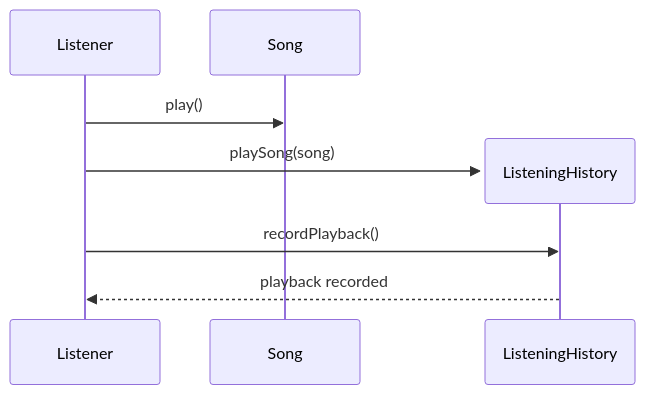
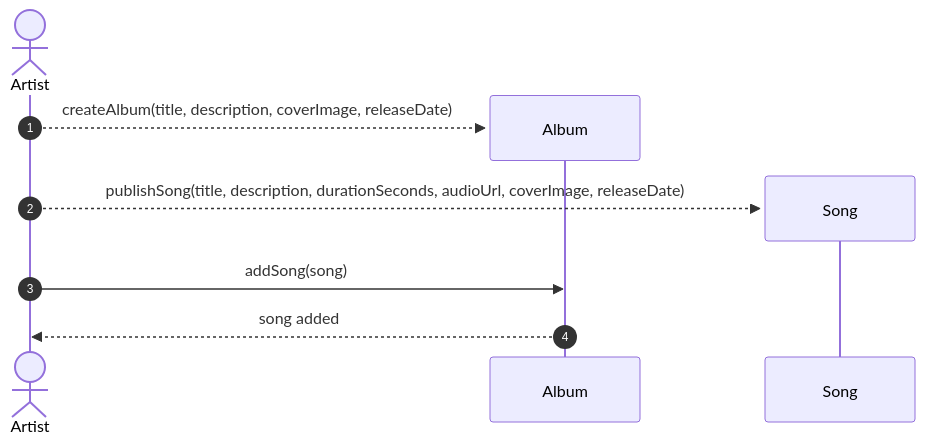
The fourth of 4 diagrams in README.md (Liorwa0/music-streaming-uml), drawn with Mermaid before and after one commit. The commit also changed other lines of this file, not shown here.

First line of the commit message:
edit  sequence diagrams and explanations for song actions

````diff
--- a/README.md
+++ b/README.md
@@ -286,10 +320,11 @@
 ```mermaid
 sequenceDiagram
-    participant Listener
-    participant Song
-    Listener->>Song: play()
-    create participant ListeningHistory
-    Listener->>ListeningHistory: playSong(song)
-    Listener->>ListeningHistory: recordPlayback()
-    ListeningHistory-->>Listener: playback recorded
+    autonumber
+    actor Artist
+    create participant Album
+    Artist-->>Album: createAlbum(title, description, coverImage, releaseDate)
+    create participant Song
+    Artist-->>Song: publishSong(title, description, durationSeconds, audioUrl, coverImage, releaseDate)
+    Artist->>Album: addSong(song)
+    Album-->>Artist: song added
 ```
````
